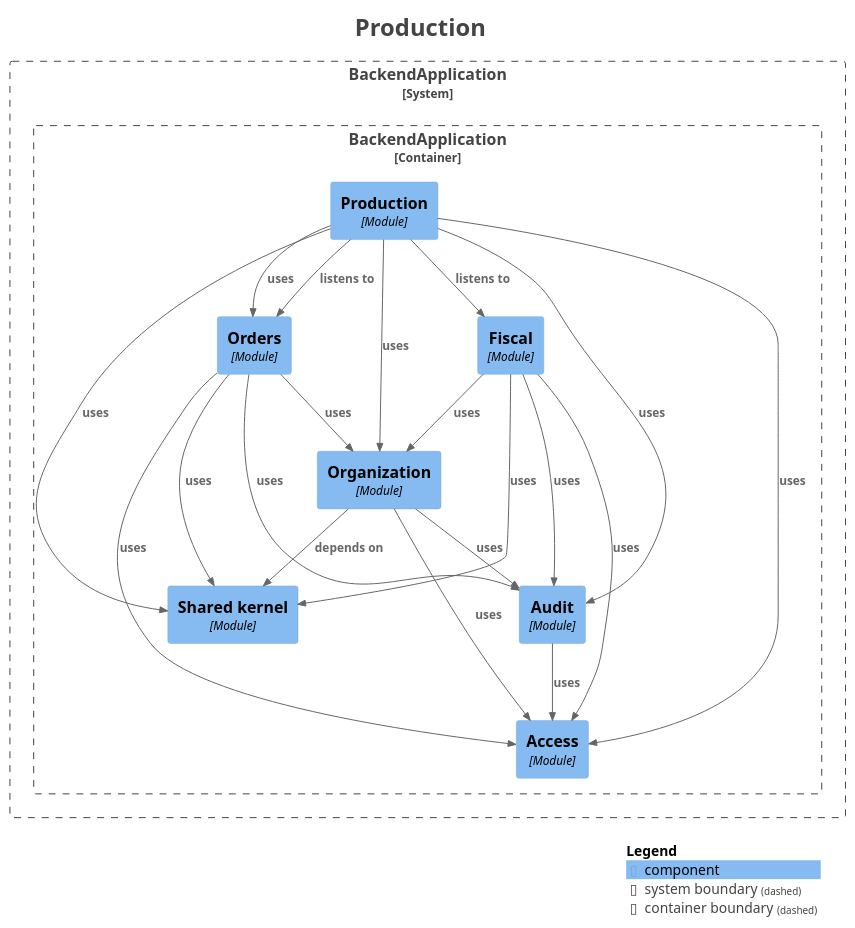
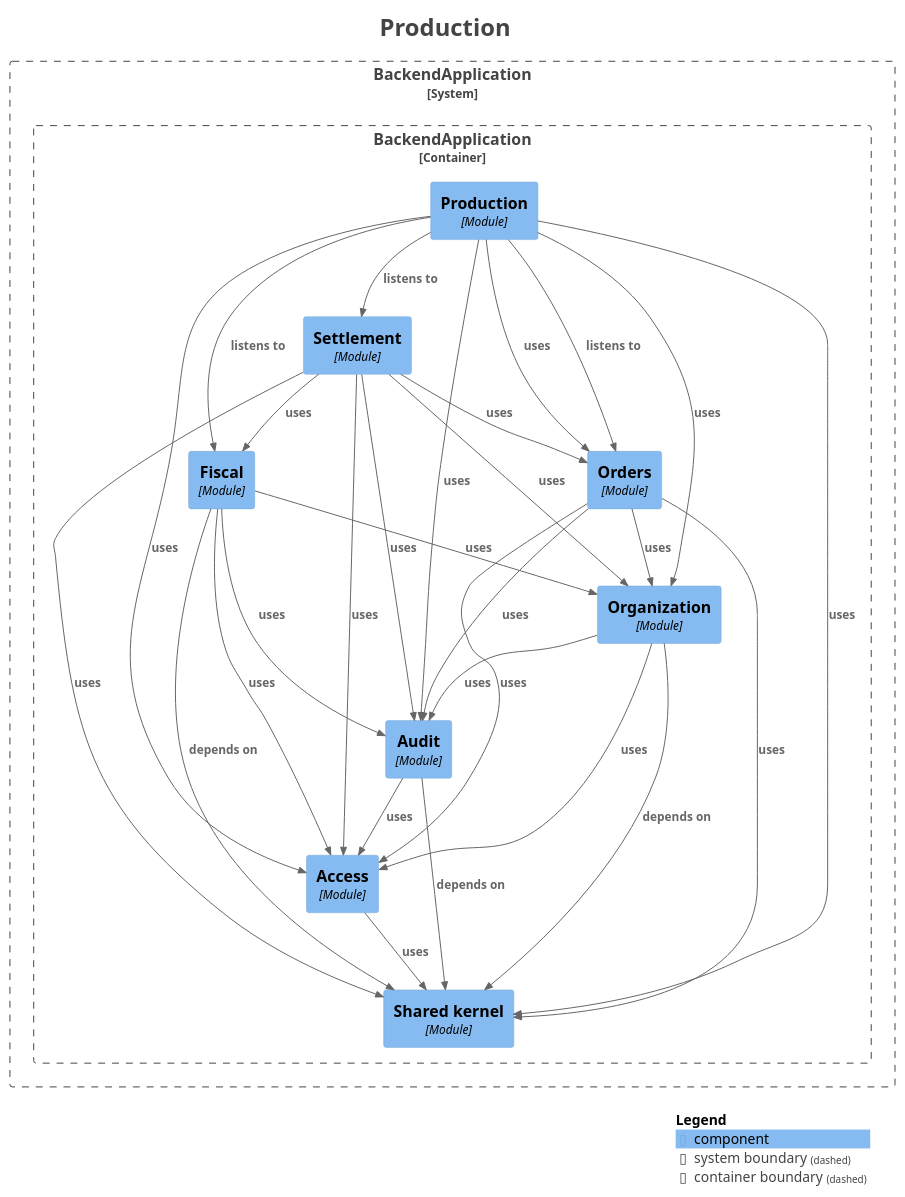
One commit to fxavier/restaurantePRO changed the diagram in docs/architecture/modules/module-production.puml. Above: the diagram before and after it, drawn with PlantUML. The commit also changed 28 other files, not shown here.

First line of the commit message:
docs(architecture): regenerate the Modulith module docs for R3

```diff
--- a/docs/architecture/modules/module-production.puml
+++ b/docs/architecture/modules/module-production.puml
@@ -1,53 +1,63 @@
 @startuml
 title <size:24>Production</size>
 
 set separator none
 top to bottom direction
 
 <style>
   root {
     BackgroundColor: #ffffff
     FontColor: #444444
   }
 </style>
 
 !include <C4/C4>
 !include <C4/C4_Context>
 !include <C4/C4_Component>
 
 System_Boundary("BackendApplication_boundary", "BackendApplication", $tags="") {
   Container_Boundary("BackendApplication.BackendApplication_boundary", "BackendApplication", $tags="") {
     Component(BackendApplication.BackendApplication.Fiscal, "Fiscal", $techn="Module", $descr="", $tags="", $link="")
     Component(BackendApplication.BackendApplication.Orders, "Orders", $techn="Module", $descr="", $tags="", $link="")
+    Component(BackendApplication.BackendApplication.Settlement, "Settlement", $techn="Module", $descr="", $tags="", $link="")
     Component(BackendApplication.BackendApplication.Production, "Production", $techn="Module", $descr="", $tags="", $link="")
+    Component(BackendApplication.BackendApplication.Sharedkernel, "Shared kernel", $techn="Module", $descr="", $tags="", $link="")
     Component(BackendApplication.BackendApplication.Access, "Access", $techn="Module", $descr="", $tags="", $link="")
-    Component(BackendApplication.BackendApplication.Sharedkernel, "Shared kernel", $techn="Module", $descr="", $tags="", $link="")
     Component(BackendApplication.BackendApplication.Audit, "Audit", $techn="Module", $descr="", $tags="", $link="")
     Component(BackendApplication.BackendApplication.Organization, "Organization", $techn="Module", $descr="", $tags="", $link="")
   }
 
 }
 
-Rel(BackendApplication.BackendApplication.Audit, BackendApplication.BackendApplication.Access, "uses", $techn="", $tags="", $link="")
-Rel(BackendApplication.BackendApplication.Fiscal, BackendApplication.BackendApplication.Sharedkernel, "uses", $techn="", $tags="", $link="")
-Rel(BackendApplication.BackendApplication.Fiscal, BackendApplication.BackendApplication.Access, "uses", $techn="", $tags="", $link="")
-Rel(BackendApplication.BackendApplication.Fiscal, BackendApplication.BackendApplication.Audit, "uses", $techn="", $tags="", $link="")
-Rel(BackendApplication.BackendApplication.Fiscal, BackendApplication.BackendApplication.Organization, "uses", $techn="", $tags="", $link="")
+Rel(BackendApplication.BackendApplication.Settlement, BackendApplication.BackendApplication.Access, "uses", $techn="", $tags="", $link="")
+Rel(BackendApplication.BackendApplication.Settlement, BackendApplication.BackendApplication.Organization, "uses", $techn="", $tags="", $link="")
+Rel(BackendApplication.BackendApplication.Settlement, BackendApplication.BackendApplication.Orders, "uses", $techn="", $tags="", $link="")
+Rel(BackendApplication.BackendApplication.Settlement, BackendApplication.BackendApplication.Fiscal, "uses", $techn="", $tags="", $link="")
+Rel(BackendApplication.BackendApplication.Settlement, BackendApplication.BackendApplication.Audit, "uses", $techn="", $tags="", $link="")
+Rel(BackendApplication.BackendApplication.Settlement, BackendApplication.BackendApplication.Sharedkernel, "uses", $techn="", $tags="", $link="")
 Rel(BackendApplication.BackendApplication.Organization, BackendApplication.BackendApplication.Sharedkernel, "depends on", $techn="", $tags="", $link="")
 Rel(BackendApplication.BackendApplication.Organization, BackendApplication.BackendApplication.Audit, "uses", $techn="", $tags="", $link="")
 Rel(BackendApplication.BackendApplication.Organization, BackendApplication.BackendApplication.Access, "uses", $techn="", $tags="", $link="")
-Rel(BackendApplication.BackendApplication.Orders, BackendApplication.BackendApplication.Sharedkernel, "uses", $techn="", $tags="", $link="")
 Rel(BackendApplication.BackendApplication.Orders, BackendApplication.BackendApplication.Access, "uses", $techn="", $tags="", $link="")
 Rel(BackendApplication.BackendApplication.Orders, BackendApplication.BackendApplication.Audit, "uses", $techn="", $tags="", $link="")
+Rel(BackendApplication.BackendApplication.Orders, BackendApplication.BackendApplication.Sharedkernel, "uses", $techn="", $tags="", $link="")
 Rel(BackendApplication.BackendApplication.Orders, BackendApplication.BackendApplication.Organization, "uses", $techn="", $tags="", $link="")
 Rel(BackendApplication.BackendApplication.Production, BackendApplication.BackendApplication.Orders, "listens to", $techn="", $tags="", $link="")
 Rel(BackendApplication.BackendApplication.Production, BackendApplication.BackendApplication.Fiscal, "listens to", $techn="", $tags="", $link="")
-Rel(BackendApplication.BackendApplication.Production, BackendApplication.BackendApplication.Sharedkernel, "uses", $techn="", $tags="", $link="")
+Rel(BackendApplication.BackendApplication.Production, BackendApplication.BackendApplication.Settlement, "listens to", $techn="", $tags="", $link="")
 Rel(BackendApplication.BackendApplication.Production, BackendApplication.BackendApplication.Access, "uses", $techn="", $tags="", $link="")
 Rel(BackendApplication.BackendApplication.Production, BackendApplication.BackendApplication.Audit, "uses", $techn="", $tags="", $link="")
+Rel(BackendApplication.BackendApplication.Production, BackendApplication.BackendApplication.Sharedkernel, "uses", $techn="", $tags="", $link="")
 Rel(BackendApplication.BackendApplication.Production, BackendApplication.BackendApplication.Organization, "uses", $techn="", $tags="", $link="")
 Rel(BackendApplication.BackendApplication.Production, BackendApplication.BackendApplication.Orders, "uses", $techn="", $tags="", $link="")
+Rel(BackendApplication.BackendApplication.Audit, BackendApplication.BackendApplication.Sharedkernel, "depends on", $techn="", $tags="", $link="")
+Rel(BackendApplication.BackendApplication.Audit, BackendApplication.BackendApplication.Access, "uses", $techn="", $tags="", $link="")
+Rel(BackendApplication.BackendApplication.Access, BackendApplication.BackendApplication.Sharedkernel, "uses", $techn="", $tags="", $link="")
+Rel(BackendApplication.BackendApplication.Fiscal, BackendApplication.BackendApplication.Sharedkernel, "depends on", $techn="", $tags="", $link="")
+Rel(BackendApplication.BackendApplication.Fiscal, BackendApplication.BackendApplication.Access, "uses", $techn="", $tags="", $link="")
+Rel(BackendApplication.BackendApplication.Fiscal, BackendApplication.BackendApplication.Organization, "uses", $techn="", $tags="", $link="")
+Rel(BackendApplication.BackendApplication.Fiscal, BackendApplication.BackendApplication.Audit, "uses", $techn="", $tags="", $link="")
 
 SHOW_LEGEND(true)
 hide stereotypes
 @enduml
```
